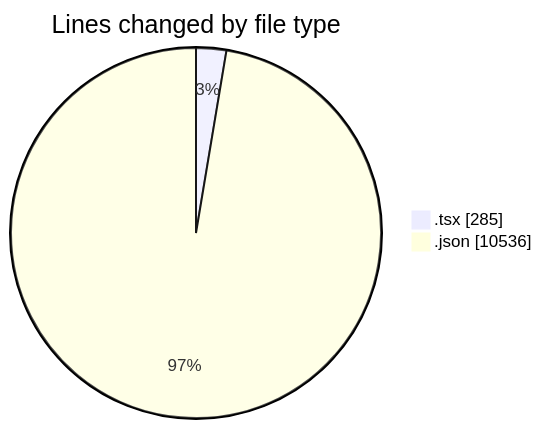
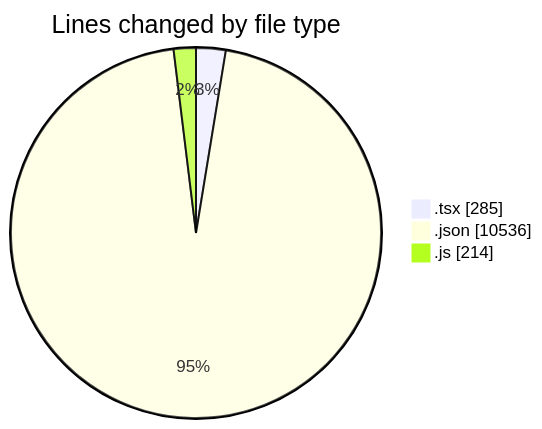
One commit to nxtqubesakshisongat/code-tracking changed the first of 2 diagrams in 2026-04-06/airfeed-analytics-dashboard/README.md. Above: the diagram before and after it, drawn with Mermaid. The commit also changed other lines of this file and 1 other file, not shown here.

````diff
--- a/2026-04-06/airfeed-analytics-dashboard/README.md
+++ b/2026-04-06/airfeed-analytics-dashboard/README.md
@@ -25,6 +26,7 @@
 ```mermaid
 pie showData
 title Lines changed by file type
 ".tsx" : 285
 ".json" : 10536
+".js" : 214
 ```
````
